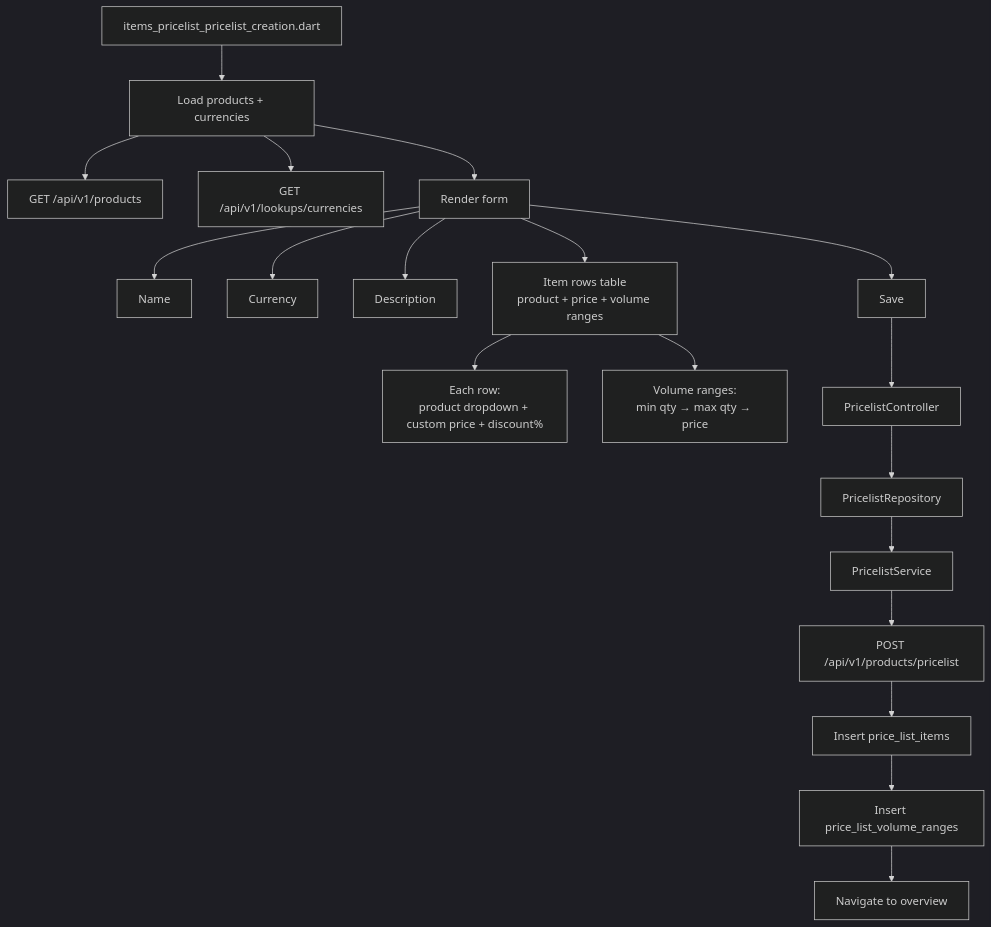
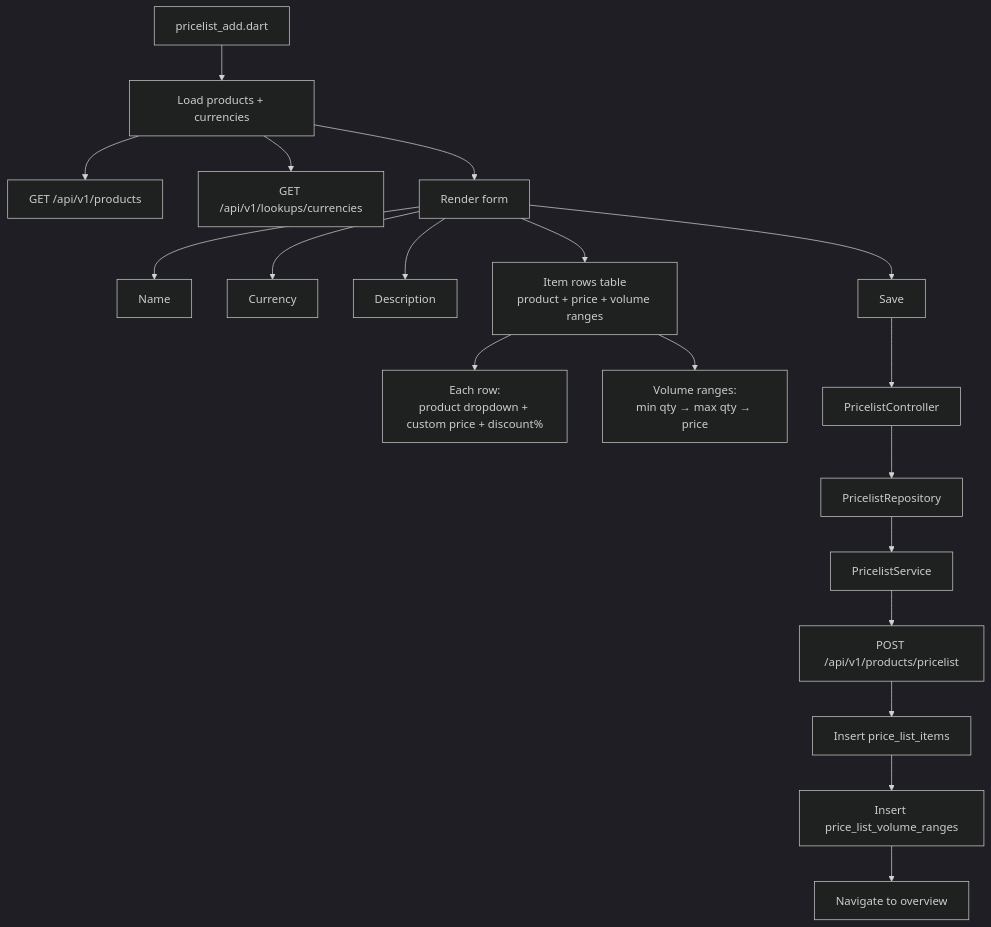
One commit to ARUNTHOMAS3/trans changed the first of 3 diagrams in docs/flows/02_items/items_pricelist.md. Above: the diagram before and after it, drawn with Mermaid (dark theme). The commit also changed other lines of this file and 1490 other files, not shown here.

````diff
--- a/docs/flows/02_items/items_pricelist.md
+++ b/docs/flows/02_items/items_pricelist.md
@@ -5,23 +5,23 @@
 ```mermaid
 flowchart TD
-    PAGE[items_pricelist_pricelist_creation.dart] --> LOAD[Load products + currencies]
+    PAGE[pricelist_add.dart] --> LOAD[Load products + currencies]
     LOAD --> API1[GET /api/v1/products]
     LOAD --> API2[GET /api/v1/lookups/currencies]
 
     LOAD --> FORM[Render form]
     FORM --> F1[Name]
     FORM --> F2[Currency]
     FORM --> F3[Description]
     FORM --> F4[Item rows table\nproduct + price + volume ranges]
     F4 --> ROWS[Each row:\nproduct dropdown + custom price + discount%]
     F4 --> VOL[Volume ranges:\nmin qty → max qty → price]
 
     FORM --> SAVE[Save]
     SAVE --> CTRL[PricelistController]
     CTRL --> REPO[PricelistRepository]
     REPO --> SVC[PricelistService]
     SVC --> API[POST /api/v1/products/pricelist]
     API --> ITEMS_API[Insert price_list_items]
     ITEMS_API --> VOL_API[Insert price_list_volume_ranges]
     VOL_API --> DONE[Navigate to overview]
 ```
````
